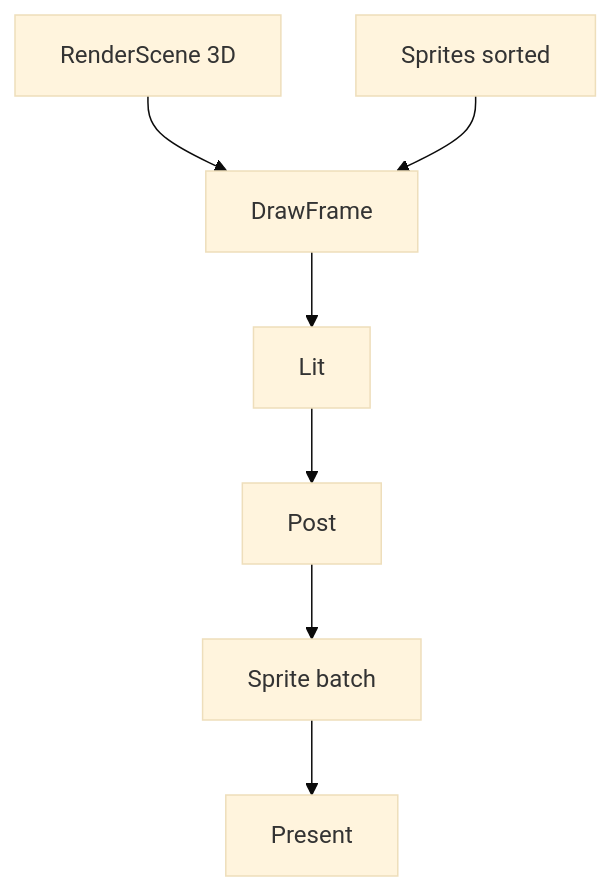
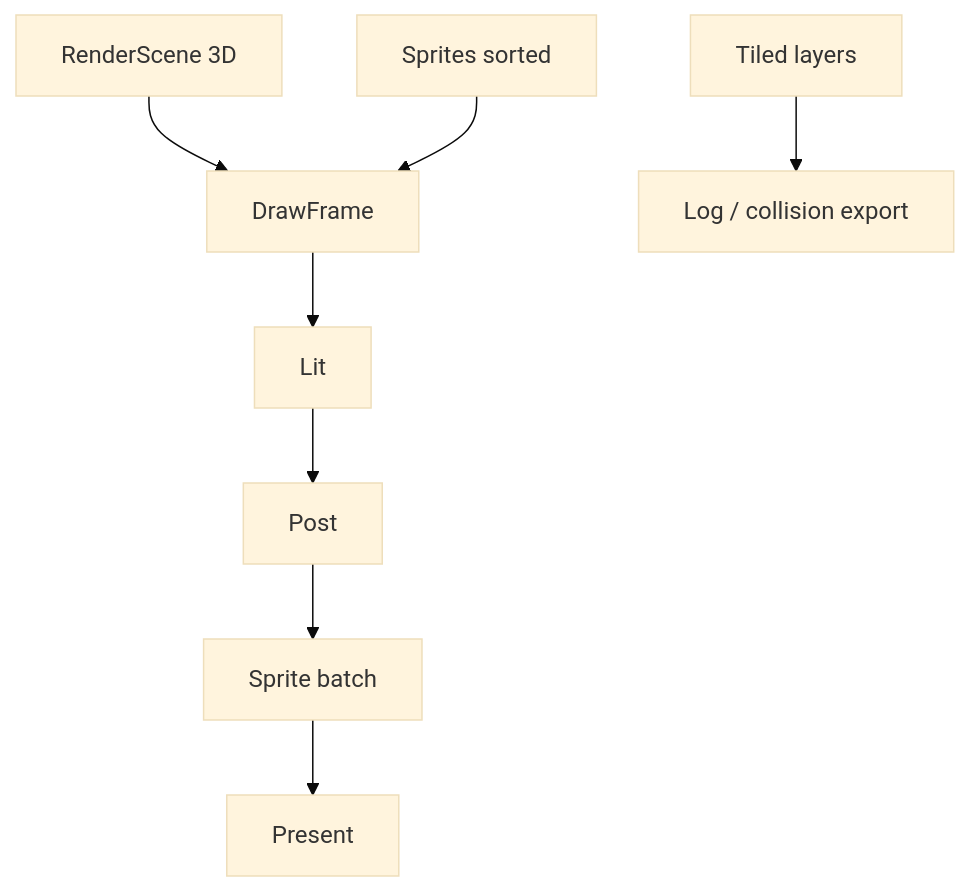
One commit to PeerlessWan/render_demo changed the diagram in render_engine/samples/learn/30_pixel_hybrid/README.md. Above: the diagram before and after it, drawn with Mermaid (base theme). The commit also changed other lines of this file and 104 other files, not shown here.

````diff
--- a/render_engine/samples/learn/30_pixel_hybrid/README.md
+++ b/render_engine/samples/learn/30_pixel_hybrid/README.md
@@ -76,9 +80,10 @@
 ```mermaid
 flowchart TB
   RS[RenderScene 3D] --> DF[DrawFrame]
   SP[Sprites sorted] --> DF
+  TM[Tiled layers] --> LOG[Log / collision export]
   DF --> L[Lit]
   L --> P[Post]
   P --> S2[Sprite batch]
   S2 --> PR[Present]
 ```
````
